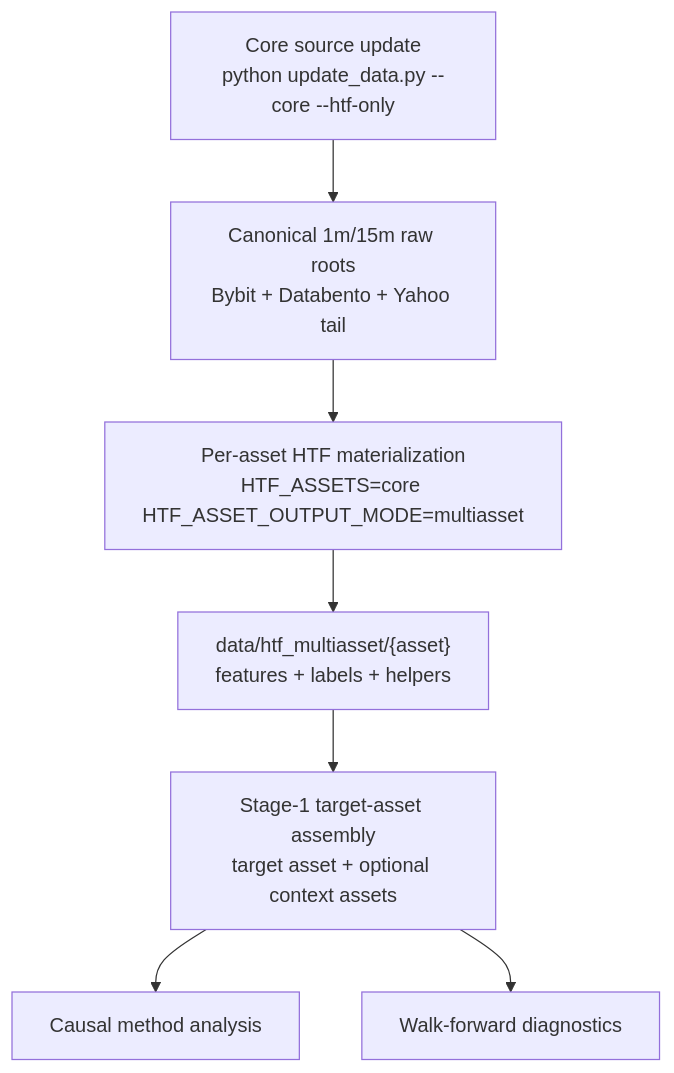
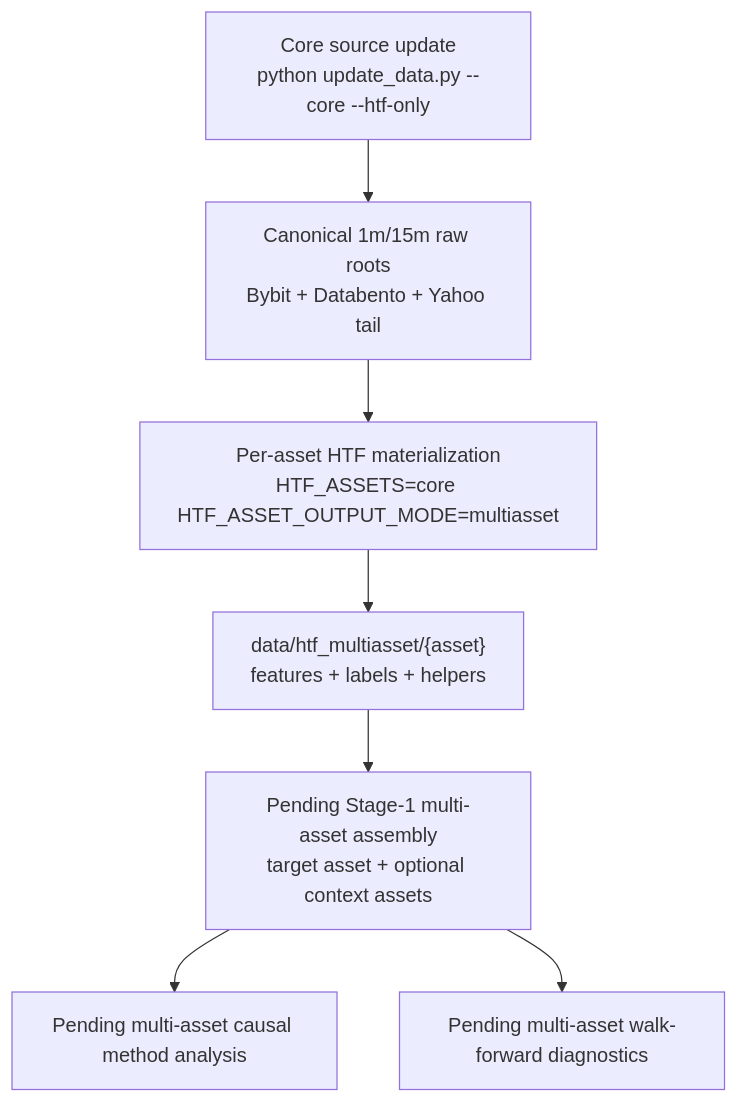
Before and after one commit to Pr3ez/RiskYieldMM: the diagram in README.md, drawn with Mermaid. The commit also changed other lines of this file and 25 other files, not shown here.

Commit message:
Polish multi-asset docs and repo hygiene

````diff
--- a/README.md
+++ b/README.md
@@ -348,9 +347,9 @@
 ```mermaid
 flowchart TD
     A["Core source update<br/>python update_data.py --core --htf-only"] --> B["Canonical 1m/15m raw roots<br/>Bybit + Databento + Yahoo tail"]
     B --> C["Per-asset HTF materialization<br/>HTF_ASSETS=core HTF_ASSET_OUTPUT_MODE=multiasset"]
     C --> D["data/htf_multiasset/{asset}<br/>features + labels + helpers"]
-    D --> E["Stage-1 target-asset assembly<br/>target asset + optional context assets"]
-    E --> F["Causal method analysis"]
-    E --> G["Walk-forward diagnostics"]
+    D --> E["Pending Stage-1 multi-asset assembly<br/>target asset + optional context assets"]
+    E --> F["Pending multi-asset causal method analysis"]
+    E --> G["Pending multi-asset walk-forward diagnostics"]
 ```
````
